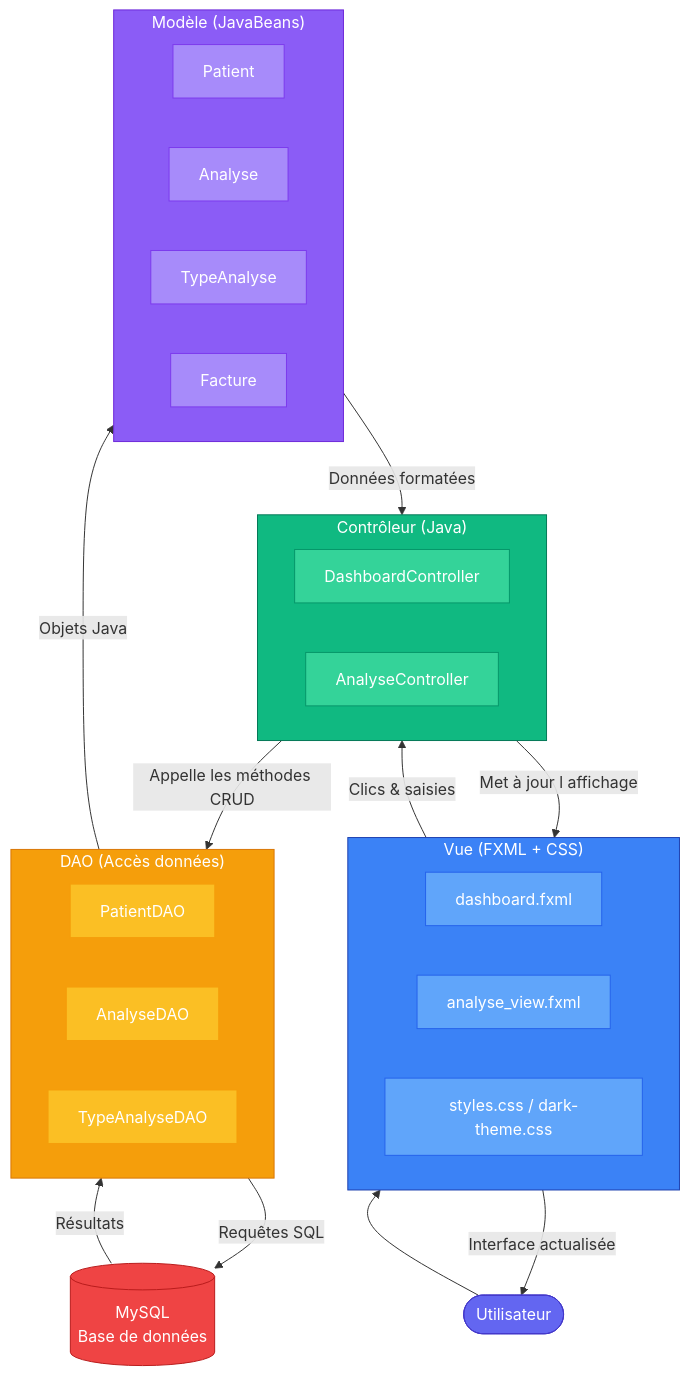
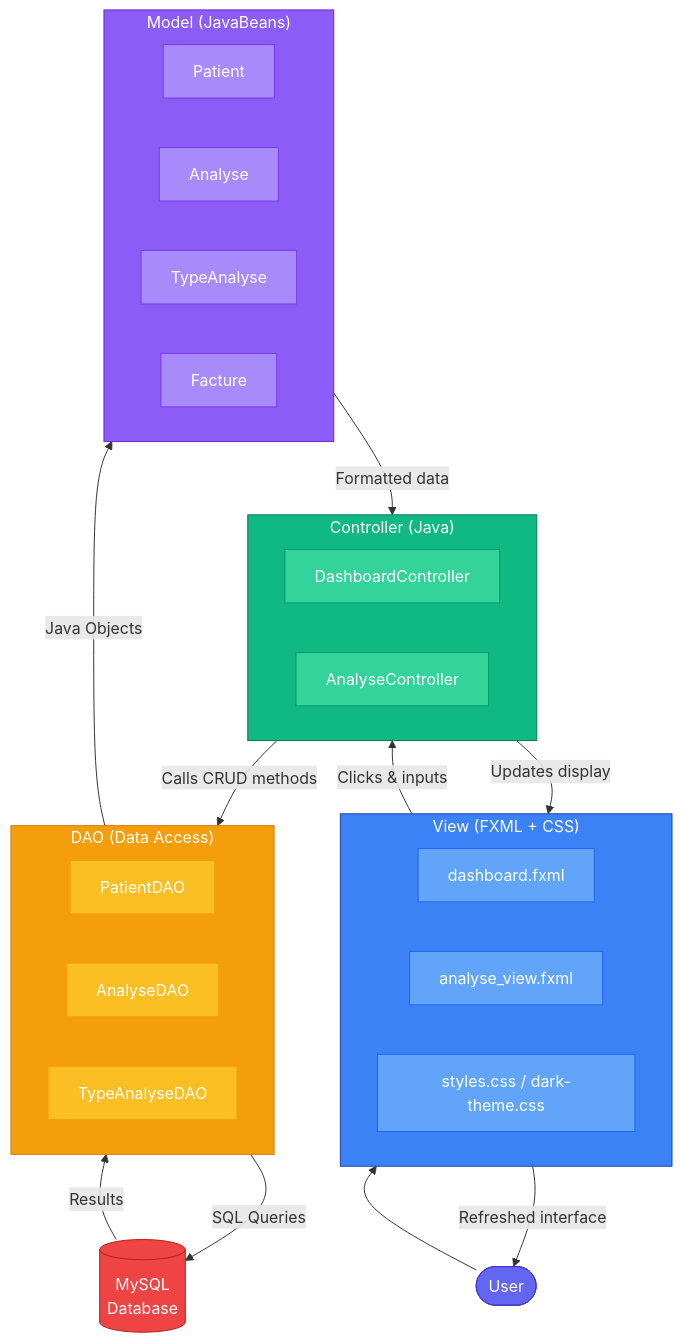
One commit to othmaniihssane-cpu/prj_java_gestion_labo changed the diagram in README.md. Above: the diagram before and after it, drawn with Mermaid. The commit also changed other lines of this file and 1 other file, not shown here.

````diff
--- a/README.md
+++ b/README.md
@@ -81,59 +85,59 @@
 ```mermaid
 flowchart TD
-    U([Utilisateur]) --> V
+    U([User]) --> V
 
-    subgraph V ["Vue (FXML + CSS)"]
+    subgraph V ["View (FXML + CSS)"]
         V1[dashboard.fxml]
         V2[analyse_view.fxml]
         V3[styles.css / dark-theme.css]
     end
 
-    V -->|Clics & saisies| C
+    V -->|Clicks & inputs| C
 
-    subgraph C ["Contrôleur (Java)"]
+    subgraph C ["Controller (Java)"]
         C1[DashboardController]
         C2[AnalyseController]
     end
 
-    C -->|Appelle les méthodes CRUD| D
+    C -->|Calls CRUD methods| D
 
-    subgraph D ["DAO (Accès données)"]
+    subgraph D ["DAO (Data Access)"]
         D1[PatientDAO]
         D2[AnalyseDAO]
         D3[TypeAnalyseDAO]
     end
 
-    D -->|Requêtes SQL| DB[("MySQL<br/>Base de données")]
-    DB -->|Résultats| D
-    D -->|Objets Java| M
+    D -->|SQL Queries| DB[("MySQL<br/>Database")]
+    DB -->|Results| D
+    D -->|Java Objects| M
 
-    subgraph M ["Modèle (JavaBeans)"]
+    subgraph M ["Model (JavaBeans)"]
         M1[Patient]
         M2[Analyse]
         M3[TypeAnalyse]
         M4[Facture]
     end
 
-    M -->|Données formatées| C
-    C -->|Met à jour l affichage| V
-    V -->|Interface actualisée| U
+    M -->|Formatted data| C
+    C -->|Updates display| V
+    V -->|Refreshed interface| U
 
     style U fill:#6366F1,stroke:#4338CA,color:#fff
     style V fill:#3B82F6,stroke:#1E40AF,color:#fff
     style V1 fill:#60A5FA,stroke:#2563EB,color:#fff
     style V2 fill:#60A5FA,stroke:#2563EB,color:#fff
     style V3 fill:#60A5FA,stroke:#2563EB,color:#fff
     style C fill:#10B981,stroke:#047857,color:#fff
     style C1 fill:#34D399,stroke:#059669,color:#fff
     style C2 fill:#34D399,stroke:#059669,color:#fff
     style D fill:#F59E0B,stroke:#D97706,color:#fff
     style D1 fill:#FBBF24,stroke:#F59E0B,color:#fff
     style D2 fill:#FBBF24,stroke:#F59E0B,color:#fff
     style D3 fill:#FBBF24,stroke:#F59E0B,color:#fff
     style DB fill:#EF4444,stroke:#B91C1C,color:#fff
     style M fill:#8B5CF6,stroke:#6D28D9,color:#fff
     style M1 fill:#A78BFA,stroke:#7C3AED,color:#fff
     style M2 fill:#A78BFA,stroke:#7C3AED,color:#fff
     style M3 fill:#A78BFA,stroke:#7C3AED,color:#fff
     style M4 fill:#A78BFA,stroke:#7C3AED,color:#fff
  ```
````
